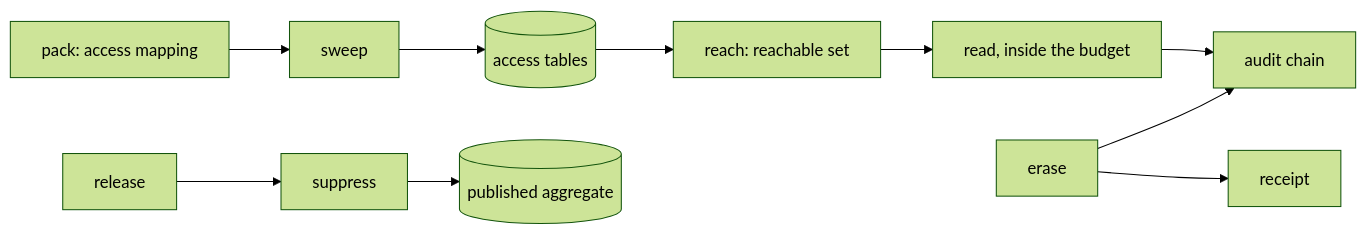
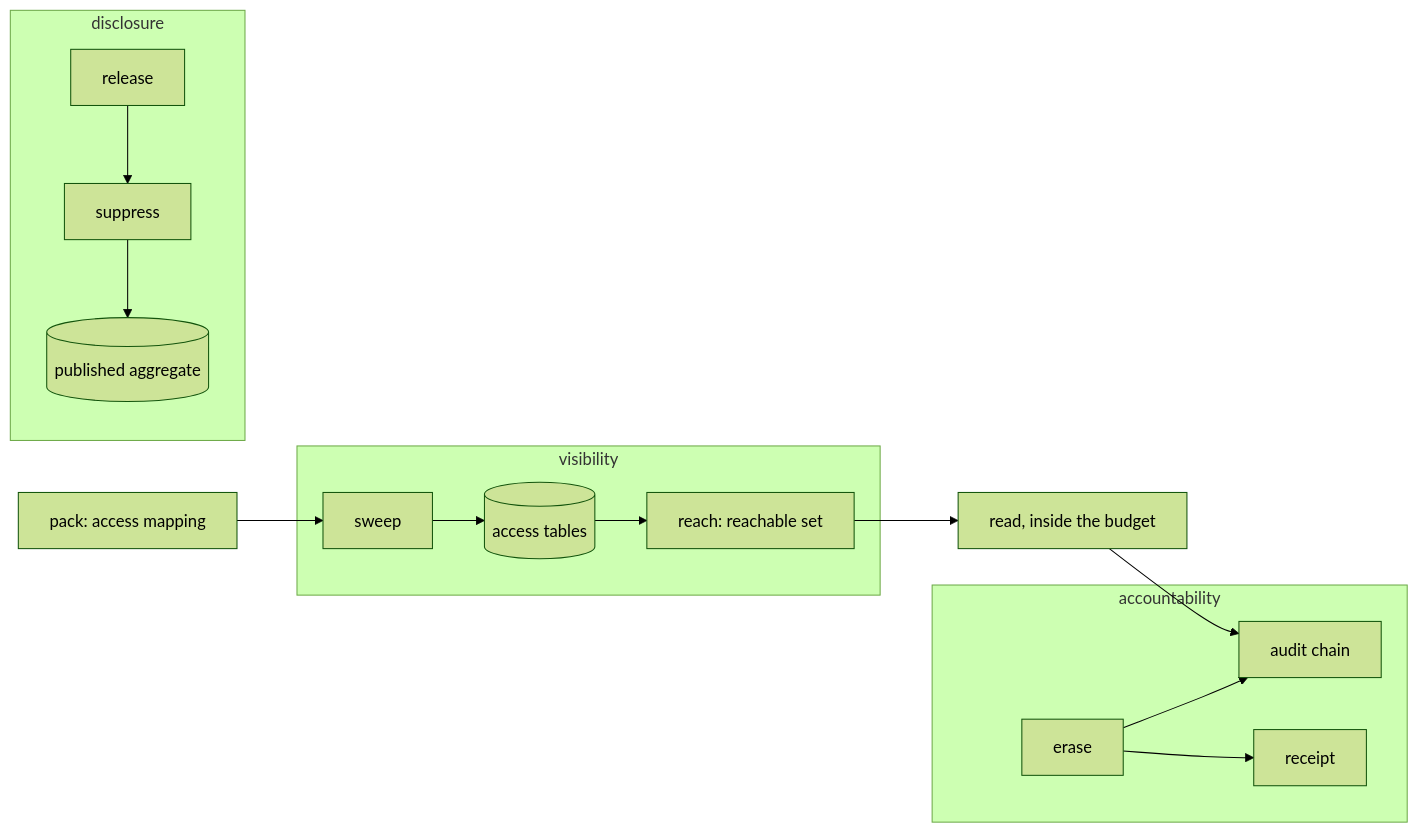
The diagram in spec/guide/disclosure.md (fractalboxdev/contextful), drawn with Mermaid (forest theme) before and after one commit. The commit also changed 33 other files, not shown here.

Commit message:
spec: diagrams draw contracts, parties and trust zones as containers; a node standing for one is refused

````diff
--- a/spec/guide/disclosure.md
+++ b/spec/guide/disclosure.md
@@ -23,11 +23,28 @@
 ```mermaid
 flowchart LR
-  PACK["pack: access mapping"] --> SWEEP["sweep"]
-  SWEEP --> AT[("access tables")]
-  AT --> REACH["reach: reachable set"]
-  REACH --> READ["read, inside the budget"]
-  READ --> CHAIN["audit chain"]
-  REL["release"] --> SUP["suppress"] --> PUB[("published aggregate")]
-  FORGET["erase"] --> RCPT["receipt"]
+  PACK["pack: access mapping"]
+  subgraph VIS["visibility"]
+    SWEEP["sweep"]
+    AT[("access tables")]
+    REACH["reach: reachable set"]
+  end
+  READ["read, inside the budget"]
+  subgraph AGG["disclosure"]
+    REL["release"]
+    SUP["suppress"]
+    PUB[("published aggregate")]
+  end
+  subgraph ACC["accountability"]
+    CHAIN["audit chain"]
+    FORGET["erase"]
+    RCPT["receipt"]
+  end
+  PACK --> SWEEP
+  SWEEP --> AT
+  AT --> REACH
+  REACH --> READ
+  READ --> CHAIN
+  REL --> SUP --> PUB
+  FORGET --> RCPT
   FORGET --> CHAIN
 ```
````
